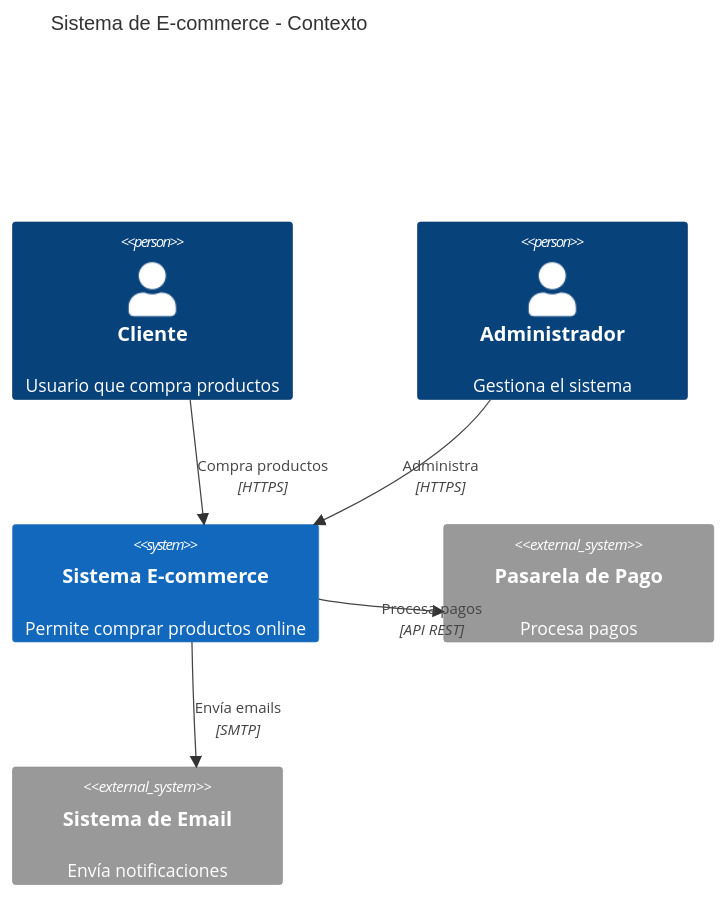
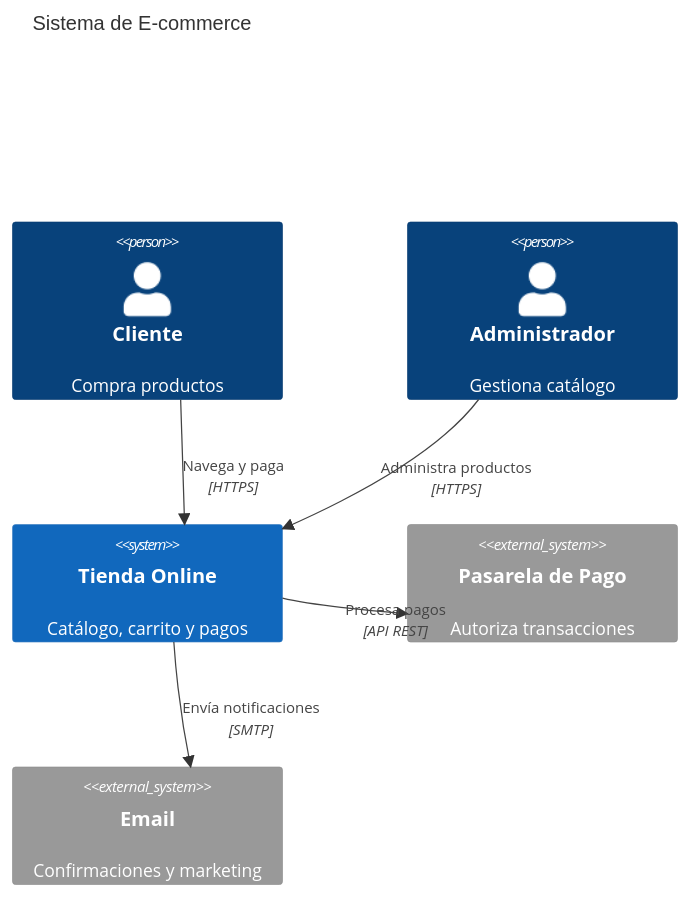
One commit to sc4rfacex/straight changed the third of 10 diagrams in knowledge/c4-context.md. Above: the diagram before and after it, drawn with Mermaid. The commit also changed other lines of this file and 2 other files, not shown here.

Commit message:
Expandir guías de diagramas críticos

````diff
--- a/knowledge/c4-context.md
+++ b/knowledge/c4-context.md
@@ -24,13 +36,13 @@
 ```mermaid
 C4Context
-    title Sistema de E-commerce - Contexto
-    Person(customer, "Cliente", "Usuario que compra productos")
-    Person(admin, "Administrador", "Gestiona el sistema")
-    System(ecommerceSystem, "Sistema E-commerce", "Permite comprar productos online")
-    System_Ext(paymentGateway, "Pasarela de Pago", "Procesa pagos")
-    System_Ext(emailSystem, "Sistema de Email", "Envía notificaciones")
-    Rel(customer, ecommerceSystem, "Compra productos", "HTTPS")
-    Rel(admin, ecommerceSystem, "Administra", "HTTPS")
-    Rel(ecommerceSystem, paymentGateway, "Procesa pagos", "API REST")
-    Rel(ecommerceSystem, emailSystem, "Envía emails", "SMTP")
+    title Sistema de E-commerce
+    Person(customer, "Cliente", "Compra productos")
+    Person(admin, "Administrador", "Gestiona catálogo")
+    System(shop, "Tienda Online", "Catálogo, carrito y pagos")
+    System_Ext(payment, "Pasarela de Pago", "Autoriza transacciones")
+    System_Ext(mail, "Email", "Confirmaciones y marketing")
+    Rel(customer, shop, "Navega y paga", "HTTPS")
+    Rel(admin, shop, "Administra productos", "HTTPS")
+    Rel(shop, payment, "Procesa pagos", "API REST")
+    Rel(shop, mail, "Envía notificaciones", "SMTP")
 ```
````
